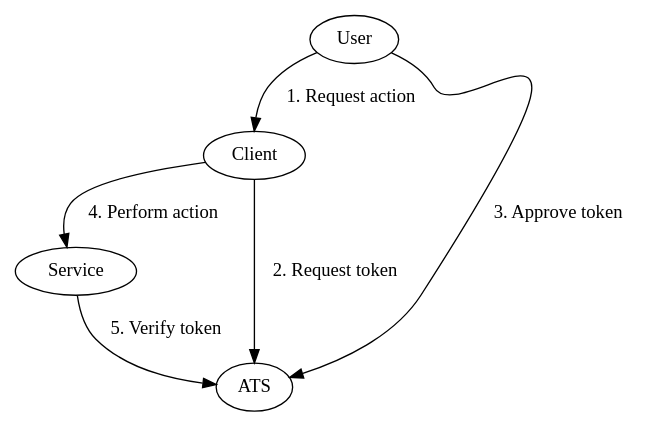
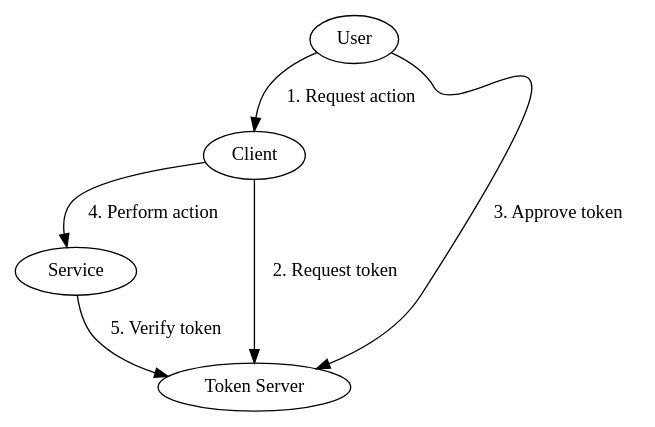
One commit to christian-marie/oauth2-server changed the diagram in docs/architecture.dot. Above: the diagram before and after it, drawn with Graphviz. The commit also changed 4 other files, not shown here.

```diff
--- a/docs/architecture.dot
+++ b/docs/architecture.dot
@@ -1,14 +1,14 @@
-digraph "Anchor Token Server" {
+digraph "OAuth2 Server" {
 
     user [label="User"];
     client [label="Client"];
     service [label="Service"];
-    server [label="ATS"];
+    server [label="Token Server"];
 
     user -> client    [label="1. Request action"];
     client -> server  [label="2. Request token"];
     user -> server    [label="3. Approve token"];
     client -> service [label="4. Perform action"];
     service -> server [label="5. Verify token"];
 
 }
```
